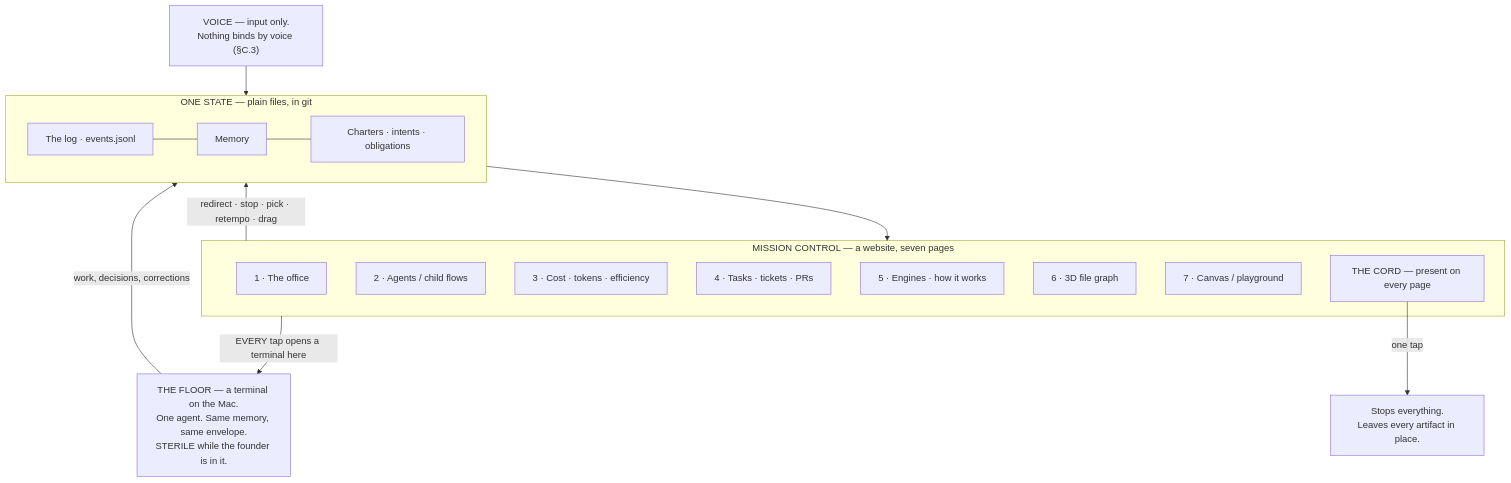
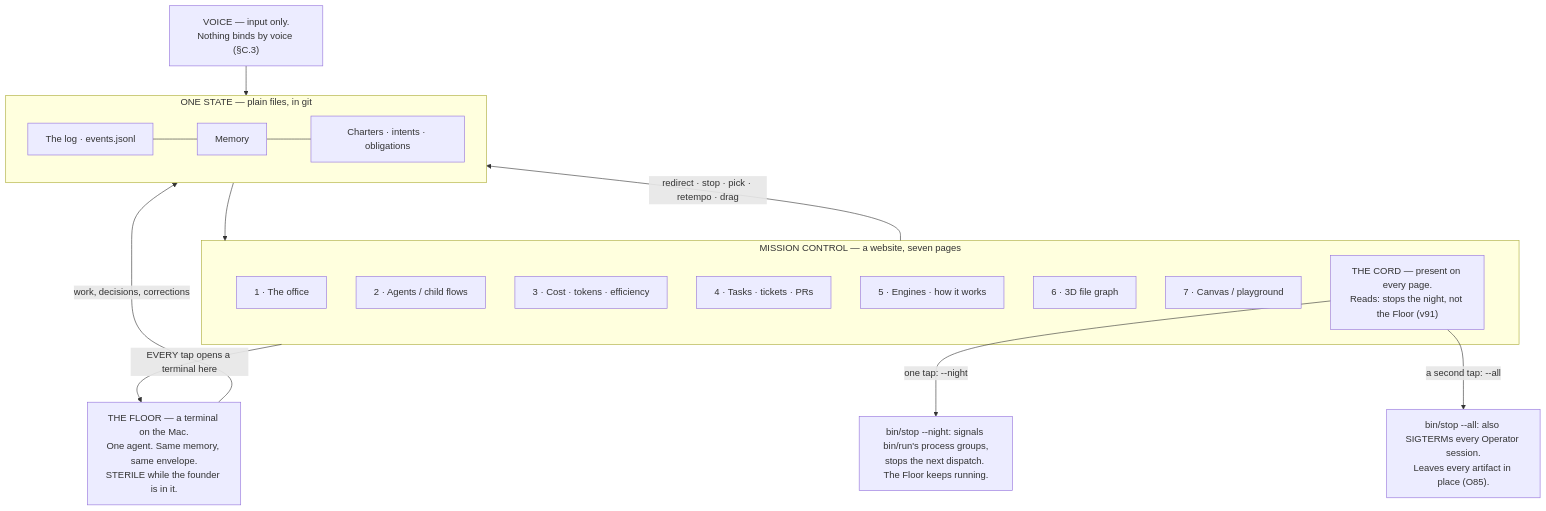
The first of 3 diagrams in docs/03-system-design/final-v2/parts/14-mission-control.md (Adam077K/agentvibe), drawn with Mermaid before and after one commit. The commit also changed other lines of this file and 2 other files, not shown here.

First line of the commit message:
docs(final-v2): fixer round applied to §13, §13a, §14 — market record, curator held-out and canary, control arm, scoreboard, page order 4 first, attach/message, cord scopes, briefing first line

````diff
--- a/docs/03-system-design/final-v2/parts/14-mission-control.md
+++ b/docs/03-system-design/final-v2/parts/14-mission-control.md
@@ -111,23 +113,24 @@
 ```mermaid
 flowchart TB
     subgraph STATE["ONE STATE — plain files, in git"]
         LOG["The log · events.jsonl"] --- MEM["Memory"] --- INT["Charters · intents · obligations"]
     end
     subgraph MC["MISSION CONTROL — a website, seven pages"]
         P1["1 · The office"]
         P2["2 · Agents / child flows"]
         P3["3 · Cost · tokens · efficiency"]
         P4["4 · Tasks · tickets · PRs"]
         P5["5 · Engines · how it works"]
         P6["6 · 3D file graph"]
         P7["7 · Canvas / playground"]
-        CORD["THE CORD — present on every page"]
+        CORD["THE CORD — present on every page.<br/>Reads: stops the night, not the Floor (v91)"]
     end
     FLOOR["THE FLOOR — a terminal on the Mac.<br/>One agent. Same memory, same envelope.<br/>STERILE while the founder is in it."]
     STATE --> MC
     MC -->|"EVERY tap opens a terminal here"| FLOOR
     FLOOR -->|"work, decisions, corrections"| STATE
     MC -->|"redirect · stop · pick · retempo · drag"| STATE
-    CORD -->|"one tap"| STOPALL["Stops everything.<br/>Leaves every artifact in place."]
+    CORD -->|"one tap: --night"| STOPNIGHT["bin/stop --night: signals bin/run's process groups,<br/>stops the next dispatch. The Floor keeps running."]
+    CORD -->|"a second tap: --all"| STOPALL["bin/stop --all: also SIGTERMs every Operator session.<br/>Leaves every artifact in place (O85)."]
     VOICE["VOICE — input only.<br/>Nothing binds by voice (§C.3)"] --> STATE
 ```
````
